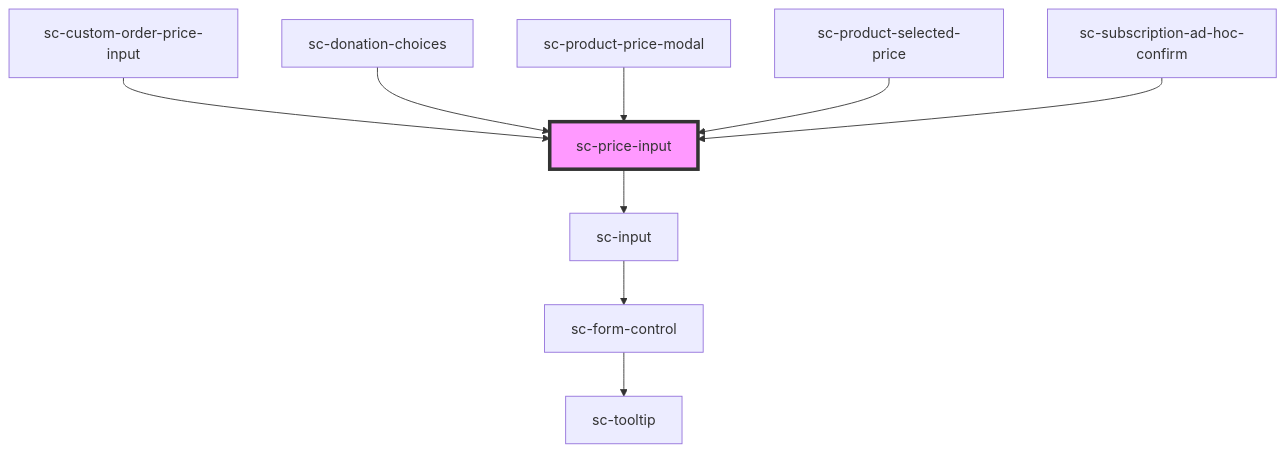
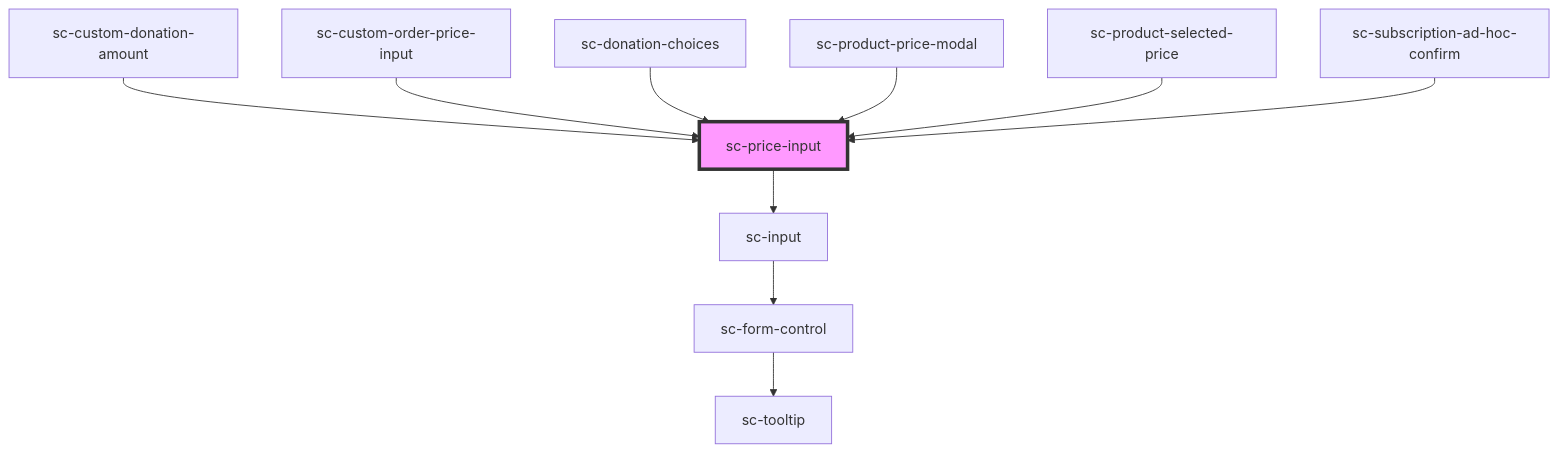
Before and after one commit to surecart/surecart-wp-plugin: the diagram in packages/components/src/components/ui/price-input/readme.md, drawn with Mermaid. The commit also changed other lines of this file and 16 other files, not shown here.

Commit message:
Completed functionality & added component for custom donation amount

````diff
--- a/packages/components/src/components/ui/price-input/readme.md
+++ b/packages/components/src/components/ui/price-input/readme.md
@@ -114,12 +115,13 @@
 ```mermaid
 graph TD;
   sc-price-input --> sc-input
   sc-input --> sc-form-control
   sc-form-control --> sc-tooltip
+  sc-custom-donation-amount --> sc-price-input
   sc-custom-order-price-input --> sc-price-input
   sc-donation-choices --> sc-price-input
   sc-product-price-modal --> sc-price-input
   sc-product-selected-price --> sc-price-input
   sc-subscription-ad-hoc-confirm --> sc-price-input
   style sc-price-input fill:#f9f,stroke:#333,stroke-width:4px
 ```
````
